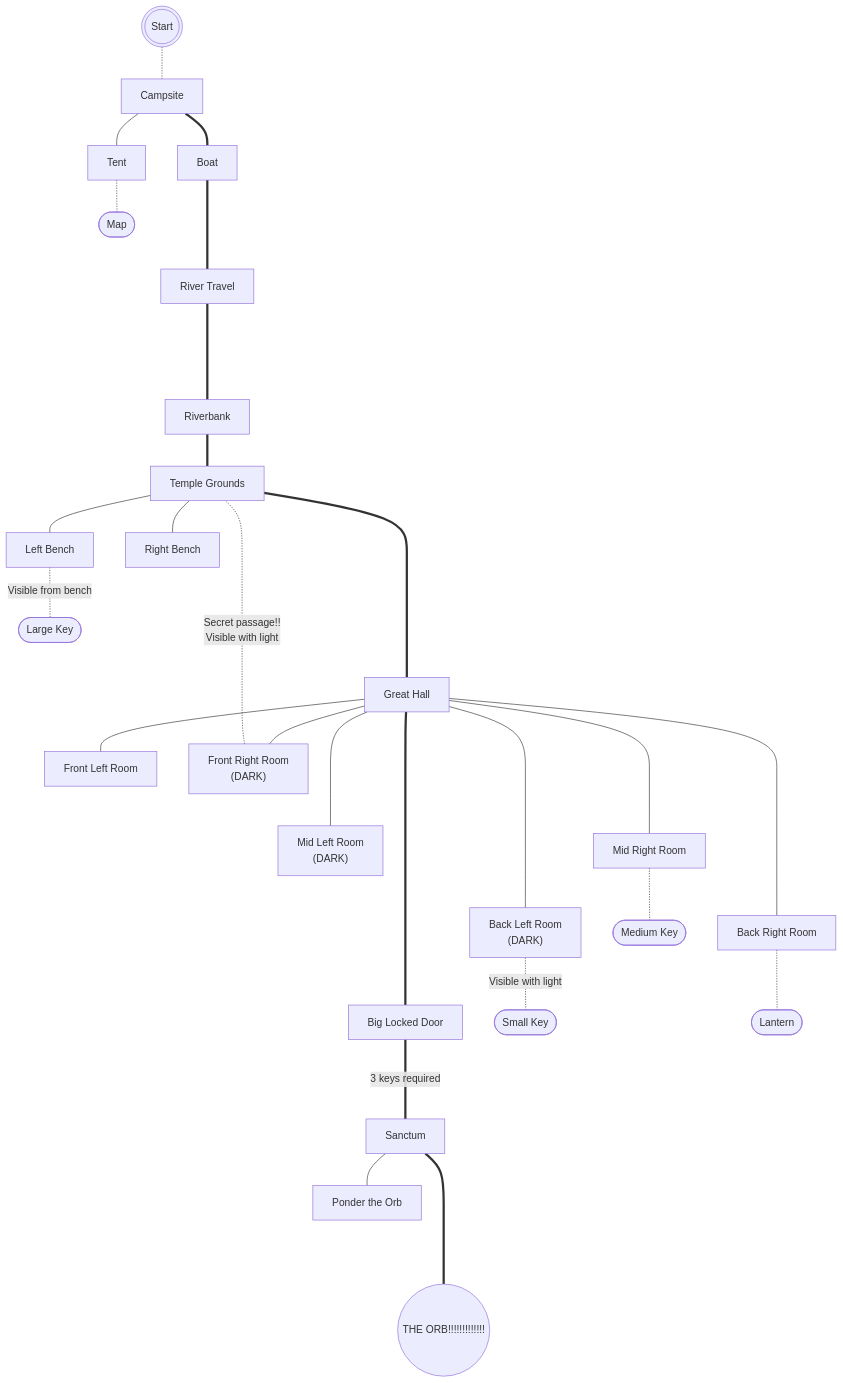
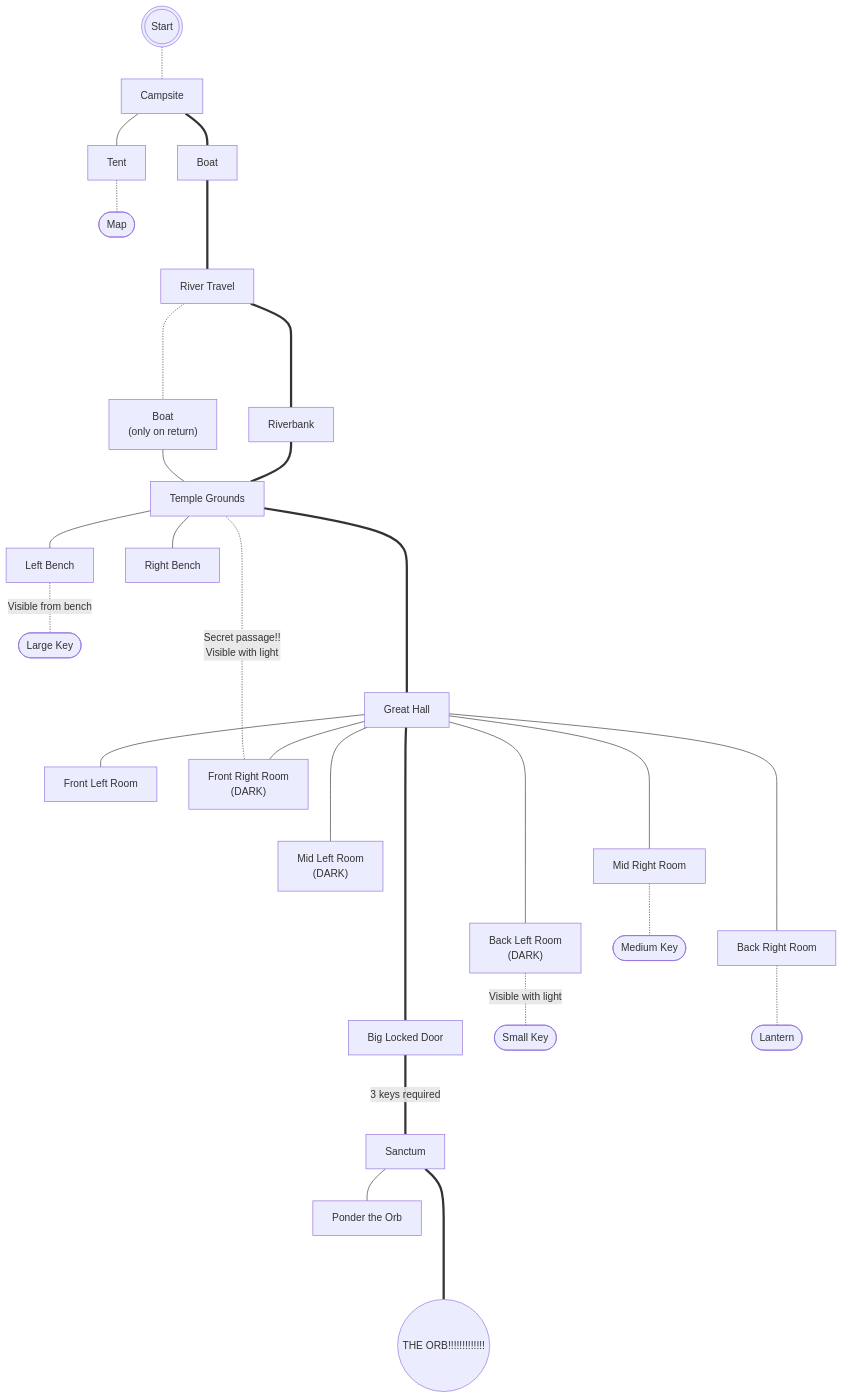
Before and after one commit to UnPolloLoco/UnPolloLoco.github.io: the diagram in projects/game/README.md, drawn with Mermaid. The commit also changed 1 other file, not shown here.

Commit message:
Temple exterior

````diff
--- a/projects/game/README.md
+++ b/projects/game/README.md
@@ -13,37 +13,40 @@
 ```mermaid
 graph TD;
     s(((Start))) -.- Campsite
     Campsite --- Tent
     Tent -.- mnc(["Map"])
     Campsite === Boat
     Boat ==== river["River Travel"]
     river =====  Riverbank
+
     Riverbank === grounds["Temple Grounds"]
+    river -.- b2["Boat
+                (only on return)"] --- grounds
     grounds --- lb["Left Bench"] & rb["Right Bench"]
     lb -.-|Visible from bench| large(["Large Key"])
     grounds ===== hall["Great Hall"]
 
 
     hall ====== door["Big Locked Door"]
     hall --- fl["Front Left Room"]
     hall ---- ml["Mid Left Room
                   (DARK)"]
     hall ----- bl["Back Left Room 
                   (DARK)"]
     hall --- fr["Front Right Room
                  (DARK)"]
     hall ---- mr["Mid Right Room"]
     hall ----- br["Back Right Room"]
 
 
     fr -.-|Secret passage!!
            Visible with light| grounds
     bl -.-|Visible with light| small(["Small Key"])
     mr -.- medium(["Medium Key"])
     br -.- lant([Lantern])
 
 
     door ====|3 keys required| Sanctum
     Sanctum --- admire["Ponder the Orb"]
     Sanctum ===== orb(("THE ORB!!!!!!!!!!!!!"))
 ```
````
